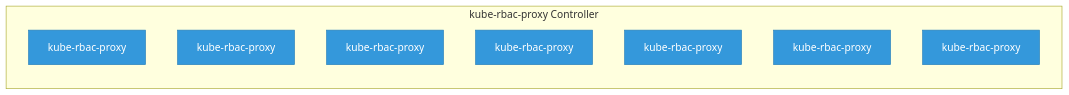
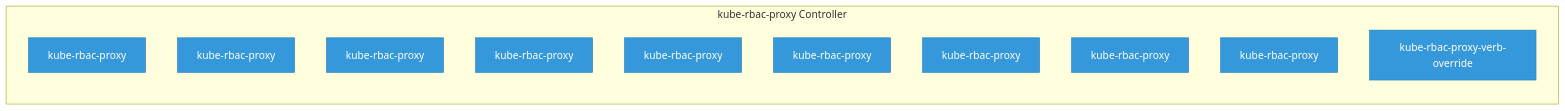
One commit to ugiordan/rhoai-architecture-analyzer changed the diagram in site/docs/rhoai-platform/components/kube_rbac_proxy/index.md. Above: the diagram before and after it, drawn with Mermaid. The commit also changed other lines of this file and 214 other files, not shown here.

````diff
--- a/site/docs/rhoai-platform/components/kube_rbac_proxy/index.md
+++ b/site/docs/rhoai-platform/components/kube_rbac_proxy/index.md
@@ -22,27 +25,33 @@
 ```mermaid
 graph LR
     %% Component architecture for kube-rbac-proxy
 
     classDef crd fill:#e74c3c,stroke:#c0392b,color:#fff
     classDef controller fill:#3498db,stroke:#2980b9,color:#fff
     classDef owned fill:#2ecc71,stroke:#27ae60,color:#fff
     classDef external fill:#95a5a6,stroke:#7f8c8d,color:#fff
     classDef dep fill:#f39c12,stroke:#e67e22,color:#fff
 
     subgraph controller["kube-rbac-proxy Controller"]
         dep_1["kube-rbac-proxy"]
         class dep_1 controller
         dep_2["kube-rbac-proxy"]
         class dep_2 controller
         dep_3["kube-rbac-proxy"]
         class dep_3 controller
         dep_4["kube-rbac-proxy"]
         class dep_4 controller
         dep_5["kube-rbac-proxy"]
         class dep_5 controller
         dep_6["kube-rbac-proxy"]
         class dep_6 controller
         dep_7["kube-rbac-proxy"]
         class dep_7 controller
+        dep_8["kube-rbac-proxy"]
+        class dep_8 controller
+        dep_9["kube-rbac-proxy"]
+        class dep_9 controller
+        dep_10["kube-rbac-proxy-verb-override"]
+        class dep_10 controller
     end
 ```
````
